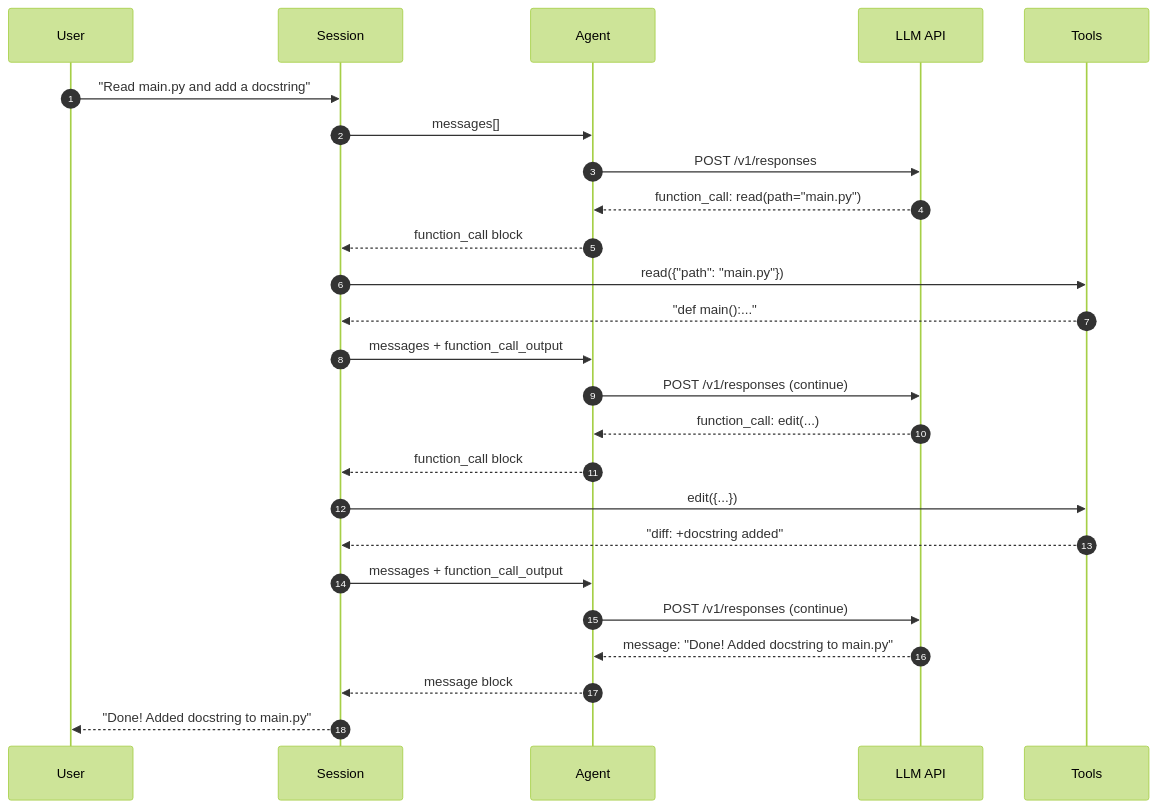
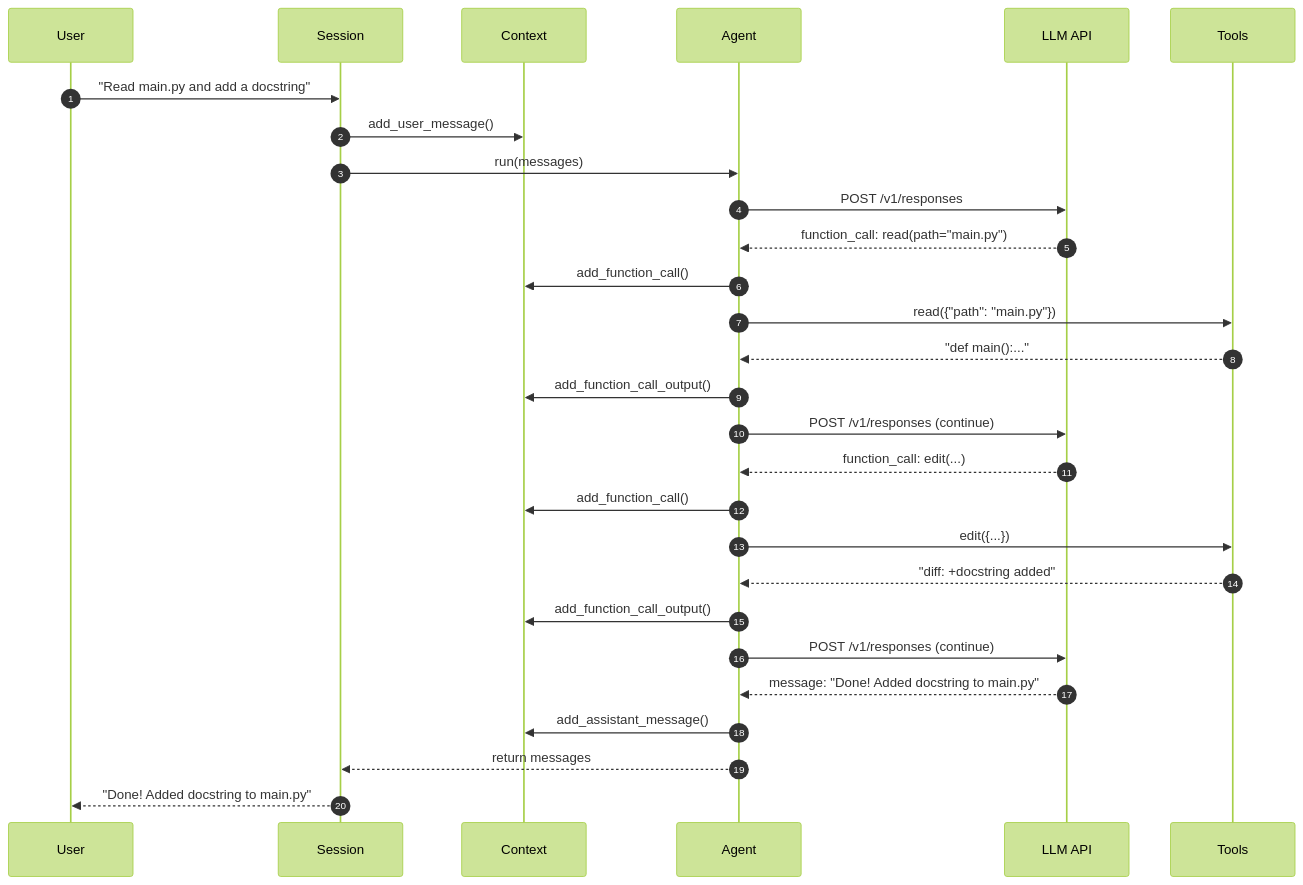
Before and after one commit to mlorthiois/smolcode: the second of 4 diagrams in LEARN.md, drawn with Mermaid (forest theme). The commit also changed other lines of this file and 7 other files, not shown here.

Commit message:
♻️  Better separate session and agent scopes

````diff
--- a/LEARN.md
+++ b/LEARN.md
@@ -162,32 +159,35 @@
 ```mermaid
 sequenceDiagram
     autonumber
     participant User
     participant Session
+    participant Context
     participant Agent
     participant API as LLM API
     participant Tools
 
     User->>Session: "Read main.py and add a docstring"
-    Session->>Agent: messages[]
+    Session->>Context: add_user_message()
+    Session->>Agent: run(messages)
     Agent->>API: POST /v1/responses
     API-->>Agent: function_call: read(path="main.py")
     
-    Agent-->>Session: function_call block
-    Session->>Tools: read({"path": "main.py"})
-    Tools-->>Session: "def main():..."
-    Session->>Agent: messages + function_call_output
+    Agent->>Context: add_function_call()
+    Agent->>Tools: read({"path": "main.py"})
+    Tools-->>Agent: "def main():..."
+    Agent->>Context: add_function_call_output()
     
     Agent->>API: POST /v1/responses (continue)
     API-->>Agent: function_call: edit(...)
     
-    Agent-->>Session: function_call block
-    Session->>Tools: edit({...})
-    Tools-->>Session: "diff: +docstring added"
-    Session->>Agent: messages + function_call_output
+    Agent->>Context: add_function_call()
+    Agent->>Tools: edit({...})
+    Tools-->>Agent: "diff: +docstring added"
+    Agent->>Context: add_function_call_output()
     
     Agent->>API: POST /v1/responses (continue)
     API-->>Agent: message: "Done! Added docstring to main.py"
-    Agent-->>Session: message block
+    Agent->>Context: add_assistant_message()
+    Agent-->>Session: return messages
     Session-->>User: "Done! Added docstring to main.py"
 ```
````
